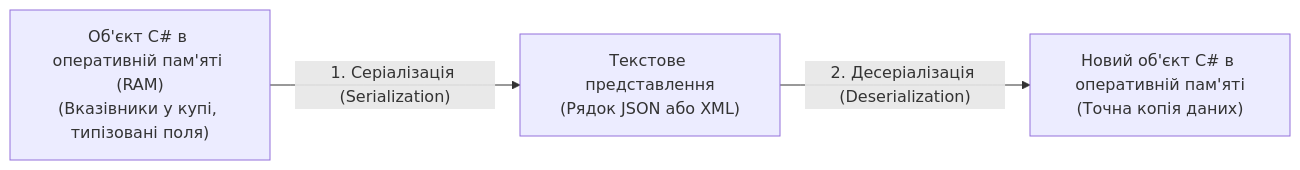
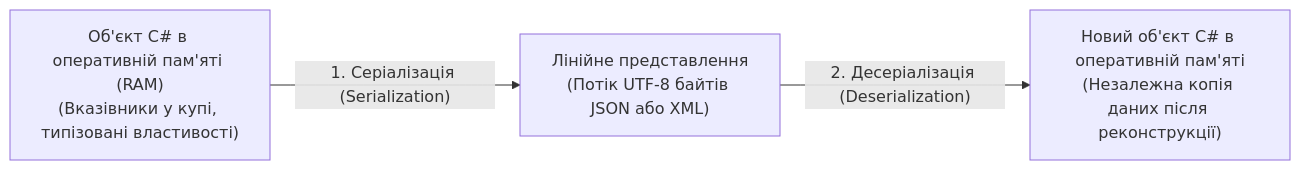
One commit to MrTomkaYurii/CSharp-OOP-Mastery changed the diagram in 05-Files-Streams-And-Serialization/02-Serialization-And-Data-Formats/Docs/01_Json_And_Xml_Serialization_Fundamentals.md. Above: the diagram before and after it, drawn with Mermaid. The commit also changed other lines of this file and 73 other files, not shown here.

Commit message:
docs: enrich and expand all lecture guides across chapters 01, 02, 04, 05, 06, 07, 08, 10 with deep theory, Mermaid diagrams and verified links

````diff
--- a/05-Files-Streams-And-Serialization/02-Serialization-And-Data-Formats/Docs/01_Json_And_Xml_Serialization_Fundamentals.md
+++ b/05-Files-Streams-And-Serialization/02-Serialization-And-Data-Formats/Docs/01_Json_And_Xml_Serialization_Fundamentals.md
@@ -14,9 +16,9 @@
 ```mermaid
 flowchart LR
-    RAM1["Об'єкт C# в оперативній пам'яті (RAM)<br/>(Вказівники у купі, типізовані поля)"]
-    Text["Текстове представлення<br/>(Рядок JSON або XML)"]
-    RAM2["Новий об'єкт C# в оперативній пам'яті<br/>(Точна копія даних)"]
+    RAM1["Об'єкт C# в оперативній пам'яті (RAM)<br/>(Вказівники у купі, типізовані властивості)"]
+    Text["Лінійне представлення<br/>(Потік UTF-8 байтів JSON або XML)"]
+    RAM2["Новий об'єкт C# в оперативній пам'яті<br/>(Незалежна копія даних після реконструкції)"]
 
     RAM1 -- "1. Серіалізація (Serialization)" --> Text
     Text -- "2. Десеріалізація (Deserialization)" --> RAM2
 ```
````
